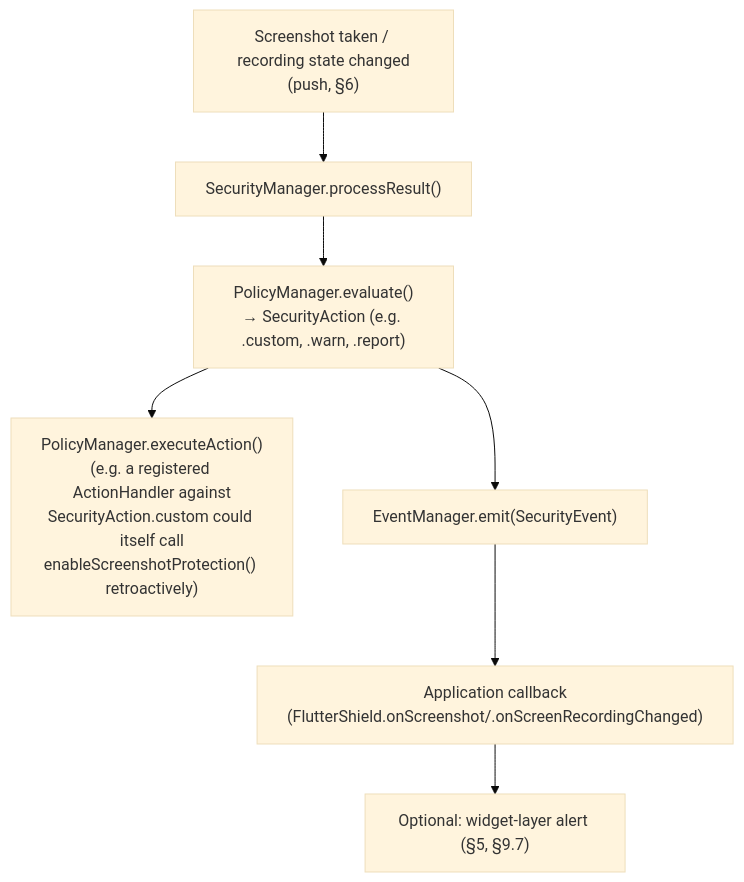
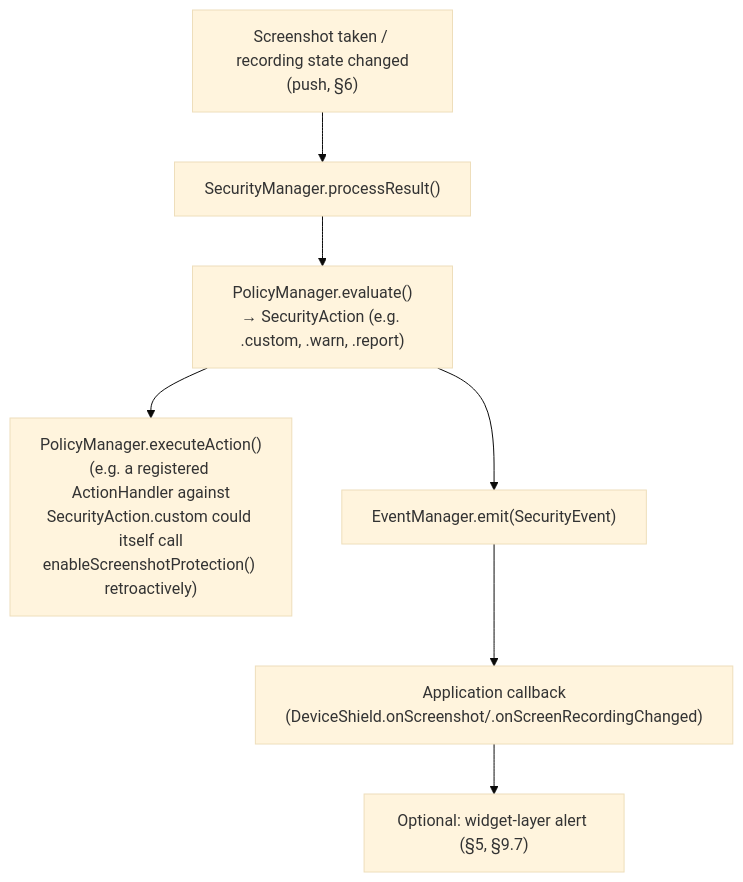
Before and after one commit to Vikaskumar75/device-shield: the sixth of 6 diagrams in app/doc/features/SCREENSHOT_SCREEN_RECORDING_PROTECTION.md, drawn with Mermaid (base theme). The commit also changed other lines of this file and 225 other files, not shown here.

First line of the commit message:
Add documentation for device_shield including FAQ, troubleshooting, installation, and platform setup

````diff
--- a/app/doc/features/SCREENSHOT_SCREEN_RECORDING_PROTECTION.md
+++ b/app/doc/features/SCREENSHOT_SCREEN_RECORDING_PROTECTION.md
@@ -393,15 +393,15 @@
 ```mermaid
 flowchart TD
     DETECT["Screenshot taken / recording state changed\n(push, §6)"]
     SM["SecurityManager.processResult()"]
     POL["PolicyManager.evaluate()\n→ SecurityAction (e.g. .custom, .warn, .report)"]
     ACT["PolicyManager.executeAction()\n(e.g. a registered ActionHandler against\nSecurityAction.custom could itself call\nenableScreenshotProtection() retroactively)"]
     EVT["EventManager.emit(SecurityEvent)"]
-    CB["Application callback\n(FlutterShield.onScreenshot/.onScreenRecordingChanged)"]
+    CB["Application callback\n(DeviceShield.onScreenshot/.onScreenRecordingChanged)"]
     ALERT["Optional: widget-layer alert (§5, §9.7)"]
 
     DETECT --> SM --> POL
     POL --> ACT
     POL --> EVT
     EVT --> CB --> ALERT
 ```
````
